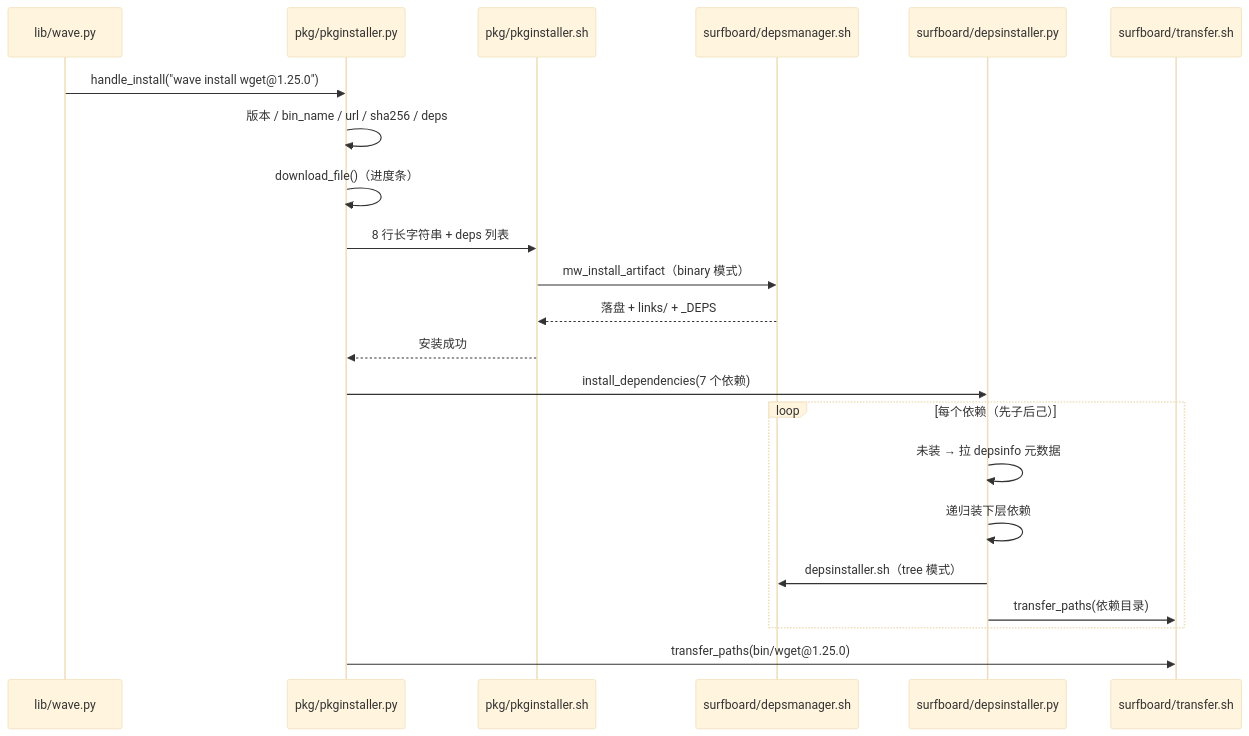
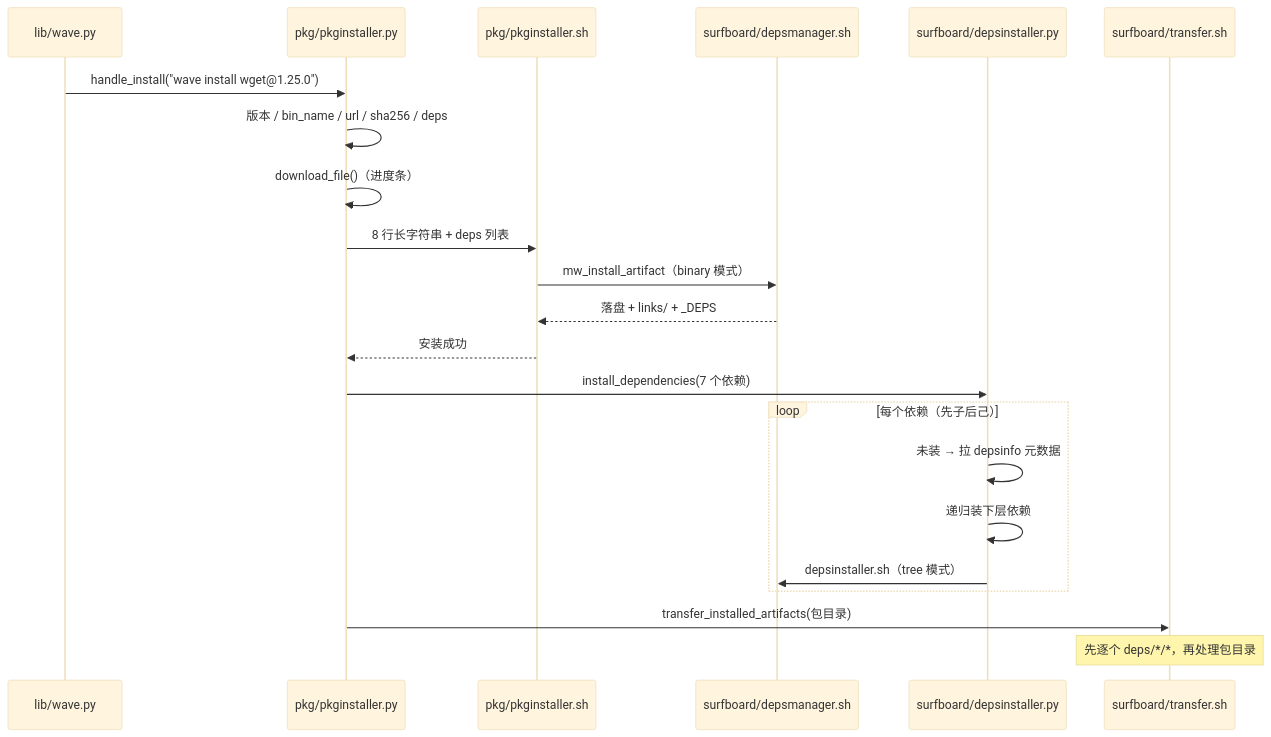
The diagram in PROJECT_CONTEXT.md (Sha0huaZhang/MacWave), drawn with Mermaid (base theme) before and after one commit. The commit also changed other lines of this file and 3 other files, not shown here.

First line of the commit message:
Transfer dylib paths once all artifacts are installed

````diff
--- a/PROJECT_CONTEXT.md
+++ b/PROJECT_CONTEXT.md
@@ -170,25 +171,25 @@
 ```mermaid
 sequenceDiagram
     participant W as lib/wave.py
     participant P as pkg/pkginstaller.py
     participant S as pkg/pkginstaller.sh
     participant M as surfboard/depsmanager.sh
     participant D as surfboard/depsinstaller.py
     participant X as surfboard/transfer.sh
 
     W->>P: handle_install("wave install wget@1.25.0")
     P->>P: 版本 / bin_name / url / sha256 / deps
     P->>P: download_file()（进度条）
     P->>S: 8 行长字符串 + deps 列表
     S->>M: mw_install_artifact（binary 模式）
     M-->>S: 落盘 + links/ + _DEPS
     S-->>P: 安装成功
     P->>D: install_dependencies(7 个依赖)
     loop 每个依赖（先子后己）
         D->>D: 未装 → 拉 depsinfo 元数据
         D->>D: 递归装下层依赖
         D->>M: depsinstaller.sh（tree 模式）
-        D->>X: transfer_paths(依赖目录)
     end
-    P->>X: transfer_paths(bin/wget@1.25.0)
+    P->>X: transfer_installed_artifacts(包目录)
+    Note over X: 先逐个 deps/*/*，再处理包目录
 ```
````
